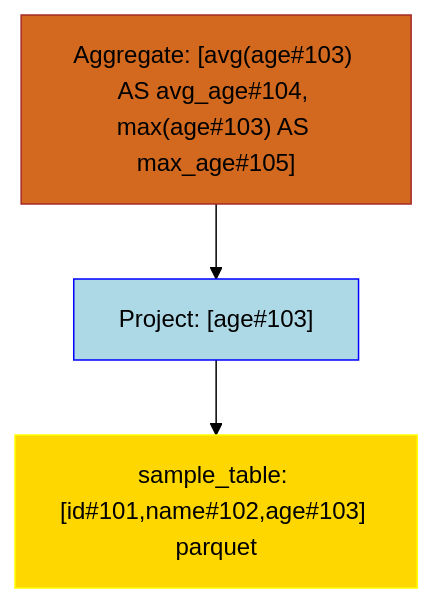
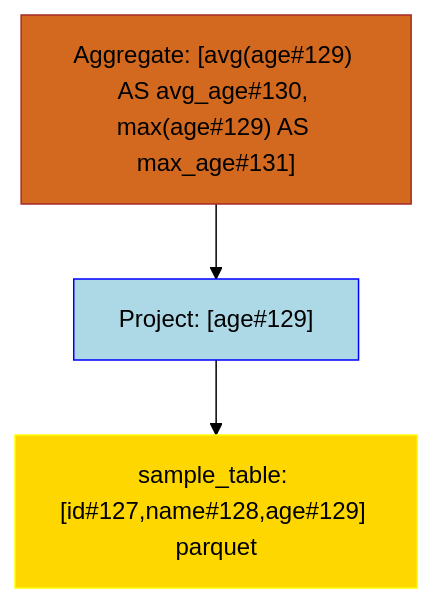
Before and after one commit to NielkNetraam/explainalyzed: the diagram in data/visualization/aggregation_1.mmd, drawn with Mermaid (forest theme). The commit also changed 28 other files, not shown here.

```diff
--- a/data/visualization/aggregation_1.mmd
+++ b/data/visualization/aggregation_1.mmd
@@ -1,14 +1,14 @@
 flowchart TD
     classDef PROJECT stroke:Blue,fill:LightBlue,color:black
     classDef FILTER stroke:Green,fill:LightGreen,color:black
     classDef UNION stroke:Purple,fill:Violet,color:black
     classDef JOIN stroke:DarkOrange,fill:Orange,color:black
     classDef RELATION stroke:Yellow,fill:Gold,color:black
     classDef AGGREGATE stroke:Brown,fill:Chocolate,color:black
 
-    Aggregate#1["Aggregate: [avg(age#103) AS avg_age#104, max(age#103) AS max_age#105]"]:::AGGREGATE
-    Project#11["Project: [age#103]"]:::PROJECT
-    Relation#111["sample_table: [id#101,name#102,age#103] parquet"]:::RELATION
+    Aggregate#1["Aggregate: [avg(age#129) AS avg_age#130, max(age#129) AS max_age#131]"]:::AGGREGATE
+    Project#11["Project: [age#129]"]:::PROJECT
+    Relation#111["sample_table: [id#127,name#128,age#129] parquet"]:::RELATION
 
     Aggregate#1 --> Project#11
         Project#11 --> Relation#111
```
